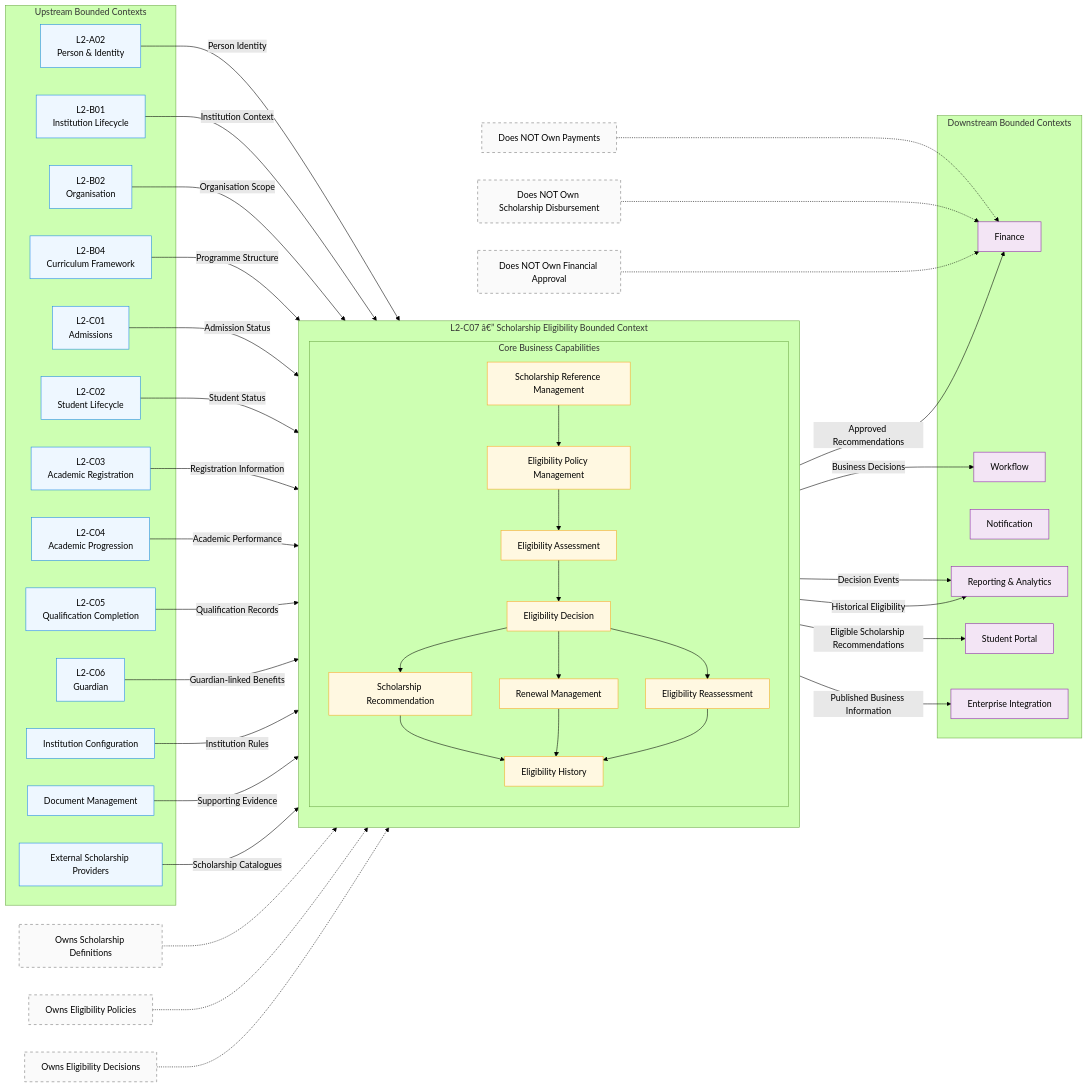
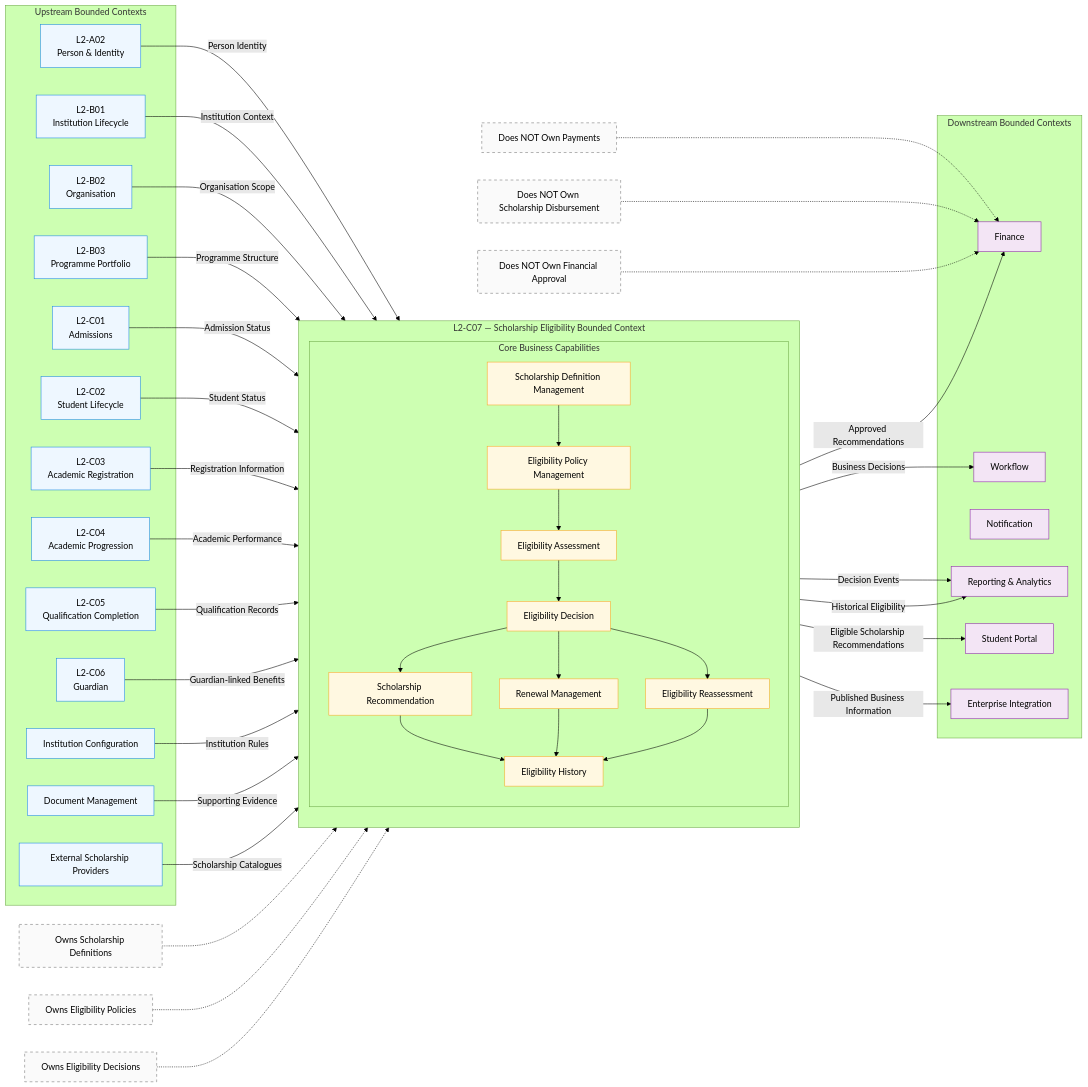
The second of 15 diagrams in architecture/L2_Domain_Workflow_Architecture/section-c/L2-C07_Scholarship_Eligibility_Workflows.md (Varad1604/ERP_hark), drawn with Mermaid (forest theme) before and after one commit. The commit also changed other lines of this file and 39 other files, not shown here.

```diff
--- a/architecture/L2_Domain_Workflow_Architecture/section-c/L2-C07_Scholarship_Eligibility_Workflows.md
+++ b/architecture/L2_Domain_Workflow_Architecture/section-c/L2-C07_Scholarship_Eligibility_Workflows.md
@@ -2890,7 +2897,7 @@
 
 ORG["L2-B02<br/>Organisation"]
 
-PROG["L2-B04<br/>Curriculum Framework"]
+PROG["L2-B03<br/>Programme Portfolio"]
 
 ADM["L2-C01<br/>Admissions"]
 
@@ -2916,13 +2923,13 @@
 %% Scholarship Eligibility BC
 %%==================================================
 
-subgraph BC["L2-C07 â€” Scholarship Eligibility Bounded Context"]
+subgraph BC["L2-C07 — Scholarship Eligibility Bounded Context"]
 
 direction TB
 
 subgraph CORE["Core Business Capabilities"]
 
-SD["Scholarship Reference Management"]
+SD["Scholarship Definition Management"]
 
 POL["Eligibility Policy Management"]
 
```
